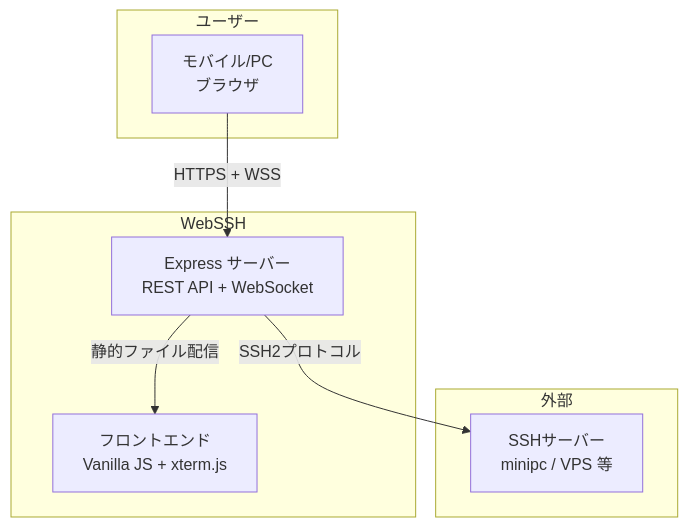
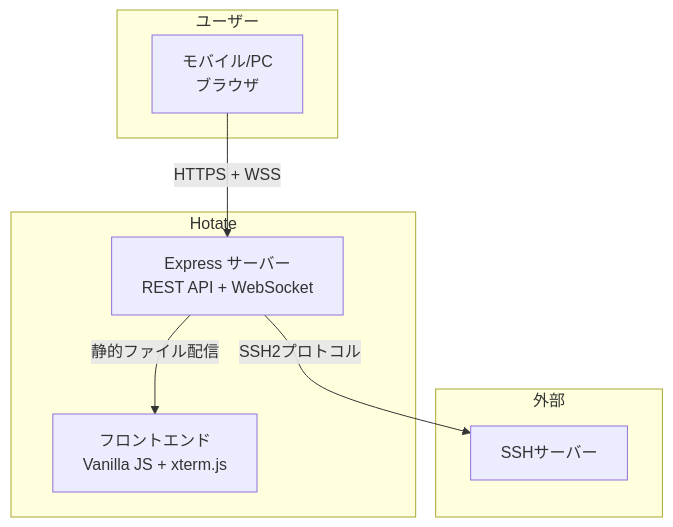
The diagram in docs/01-overview/summary.md (krtw00/hotate), drawn with Mermaid before and after one commit. The commit also changed other lines of this file and 23 other files, not shown here.

First line of the commit message:
feat: rename WebSSH to Hotate

````diff
--- a/docs/01-overview/summary.md
+++ b/docs/01-overview/summary.md
@@ -53,19 +53,19 @@
 ```mermaid
 flowchart TB
     subgraph Users[ユーザー]
         U1[モバイル/PC<br/>ブラウザ]
     end
 
-    subgraph System[WebSSH]
+    subgraph System[Hotate]
         FE[フロントエンド<br/>Vanilla JS + xterm.js]
         BE[Express サーバー<br/>REST API + WebSocket]
     end
 
     subgraph External[外部]
-        SSH[SSHサーバー<br/>minipc / VPS 等]
+        SSH[SSHサーバー]
     end
 
     U1 -->|HTTPS + WSS| BE
     BE -->|静的ファイル配信| FE
     BE -->|SSH2プロトコル| SSH
 ```
````
